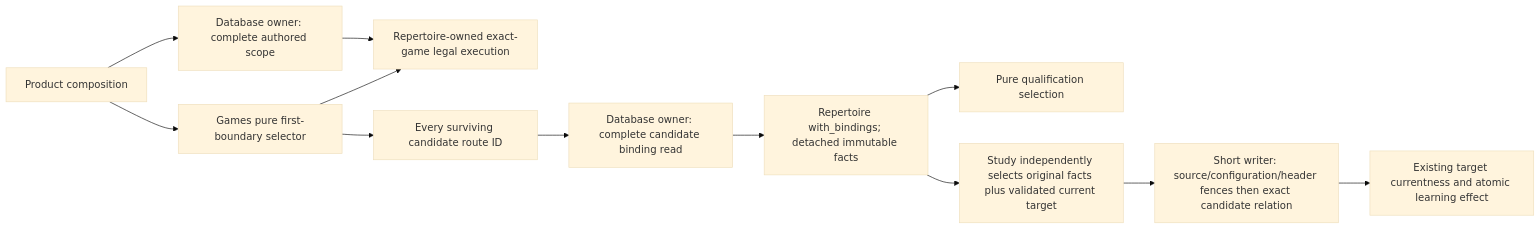
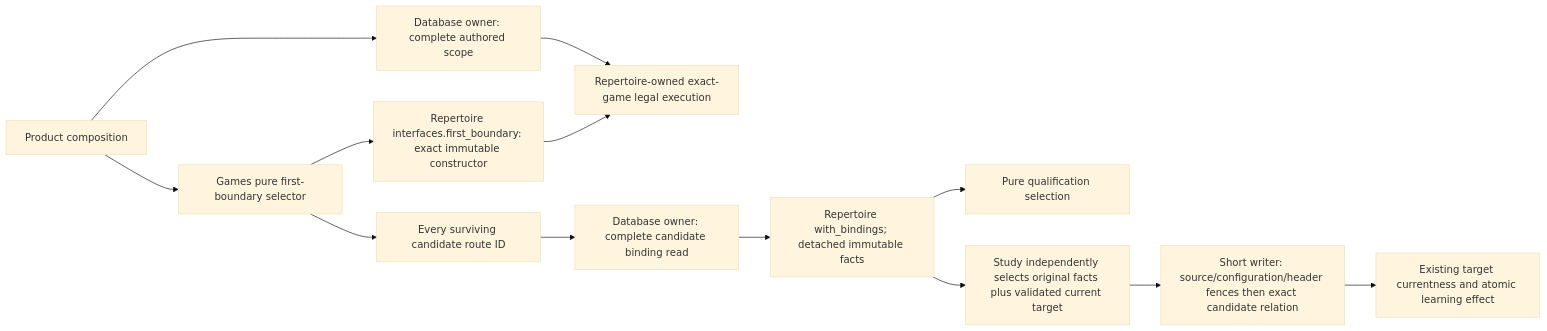
One commit to aaweaver-actuary/tempo changed the third of 3 diagrams in backend/app/repertoire/README.md. Above: the diagram before and after it, drawn with Mermaid (base theme). The commit also changed other lines of this file and 7 other files, not shown here.

Commit message:
Declare the narrow Repertoire first-boundary consumer interface

````diff
--- a/backend/app/repertoire/README.md
+++ b/backend/app/repertoire/README.md
@@ -304,14 +312,15 @@
 ```mermaid
 flowchart LR
   Compose["Product composition"] --> Authored["Database owner: complete authored scope"]
   Authored --> Cap["Repertoire-owned exact-game legal execution"]
-  Selector["Games pure first-boundary selector"] --> Cap
+  Selector["Games pure first-boundary selector"] --> Interface["Repertoire interfaces.first_boundary: exact immutable constructor"]
+  Interface --> Cap
   Compose --> Selector
   Selector --> Routes["Every surviving candidate route ID"]
   Routes --> Read["Database owner: complete candidate binding read"]
   Read --> Bind["Repertoire with_bindings; detached immutable facts"]
   Bind --> Qualify["Pure qualification selection"]
   Bind --> Study["Study independently selects original facts plus validated current target"]
   Study --> Fence["Short writer: source/configuration/header fences then exact candidate relation"]
   Fence --> Target["Existing target currentness and atomic learning effect"]
 ```
````
